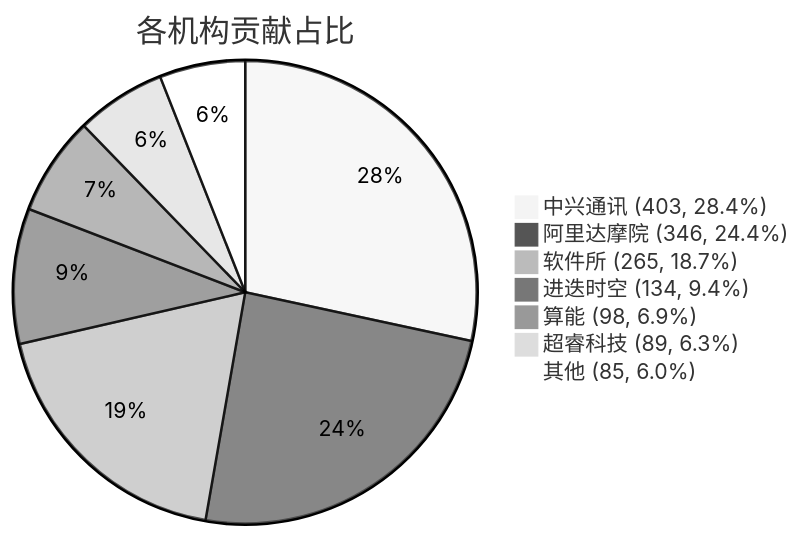
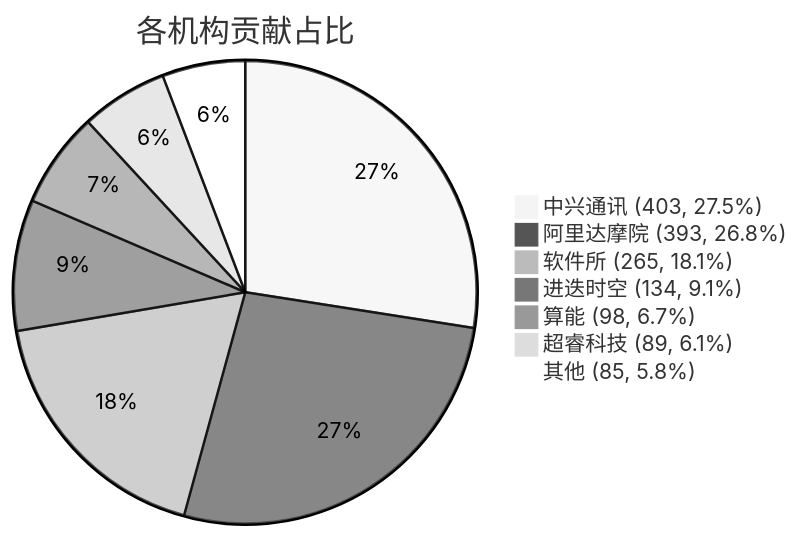
The diagram in docs/index.md (RVCK-Project/rvck), drawn with Mermaid (neutral theme) before and after one commit. The commit also changed other lines of this file and 21 other files, not shown here.

````diff
--- a/docs/index.md
+++ b/docs/index.md
@@ -39,10 +39,10 @@
 ```mermaid
 pie title 各机构贡献占比
-    "中兴通讯 (403, 28.4%)" : 403
-    "阿里达摩院 (346, 24.4%)" : 346
-    "软件所 (265, 18.7%)" : 265
-    "进迭时空 (134, 9.4%)" : 134
-    "算能 (98, 6.9%)" : 98
-    "超睿科技 (89, 6.3%)" : 89
-    "其他 (85, 6.0%)" : 85
+    "中兴通讯 (403, 27.5%)" : 403
+    "阿里达摩院 (393, 26.8%)" : 393
+    "软件所 (265, 18.1%)" : 265
+    "进迭时空 (134, 9.1%)" : 134
+    "算能 (98, 6.7%)" : 98
+    "超睿科技 (89, 6.1%)" : 89
+    "其他 (85, 5.8%)" : 85
 ```
````
